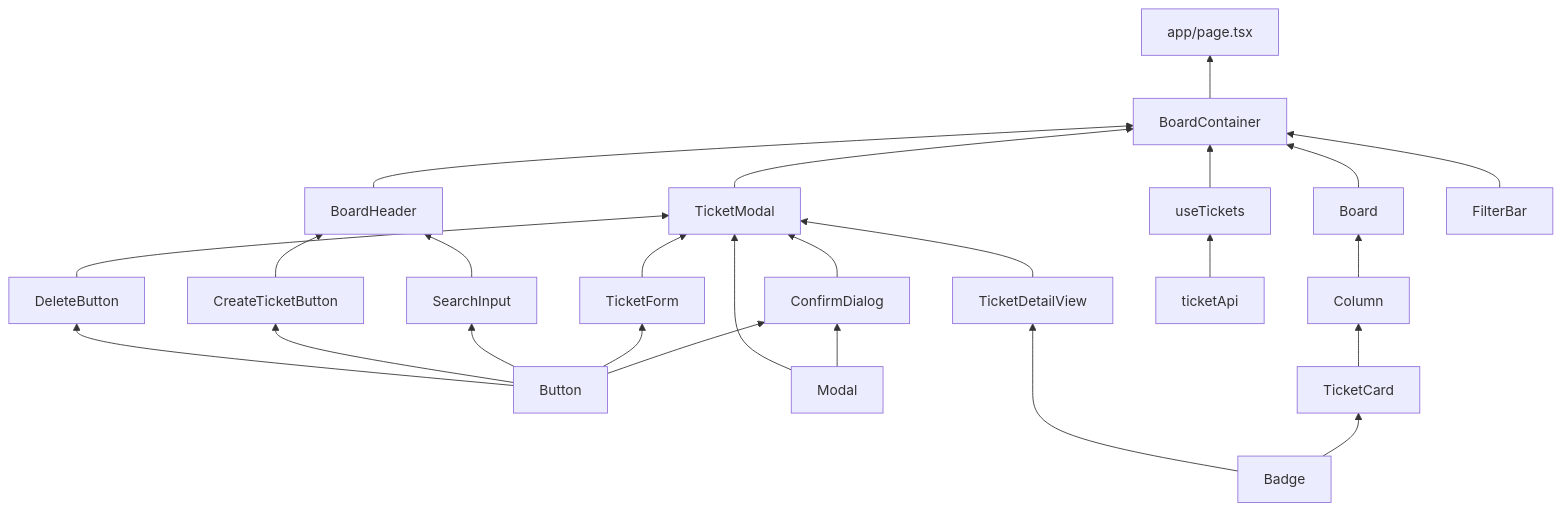
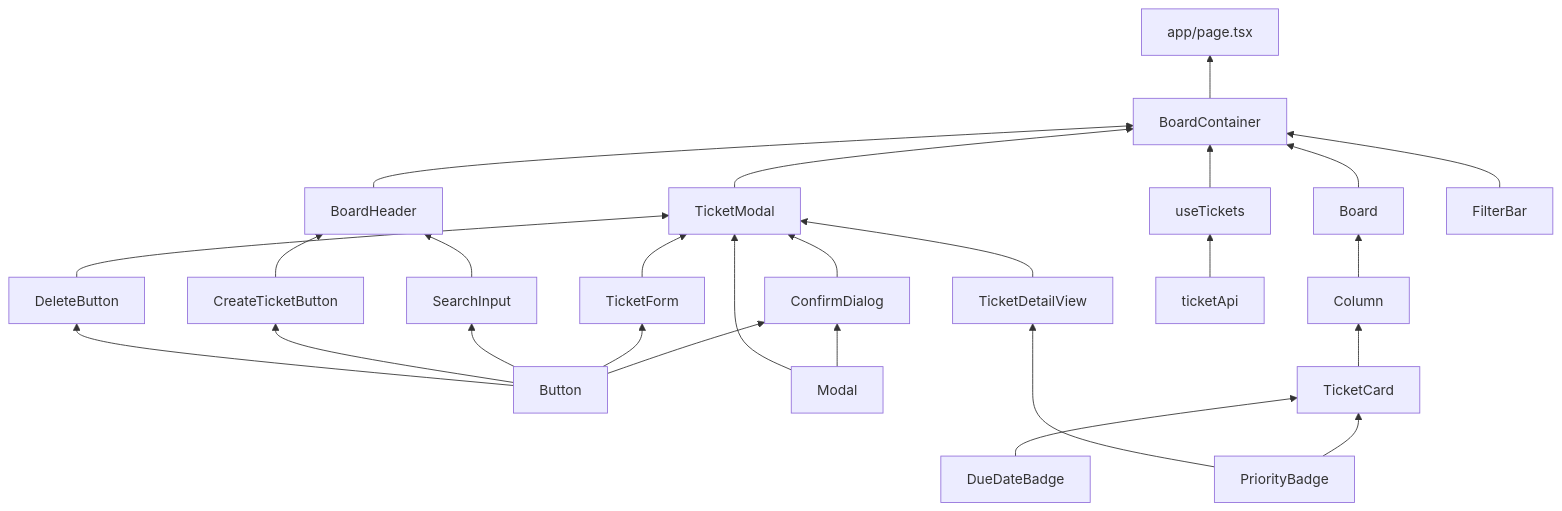
The diagram in docs/FRONTEND_TASKS.md (jngbng/claude-excercise-todo-app), drawn with Mermaid before and after one commit. The commit also changed other lines of this file and 8 other files, not shown here.

````diff
--- a/docs/FRONTEND_TASKS.md
+++ b/docs/FRONTEND_TASKS.md
@@ -38,33 +38,34 @@
 ```mermaid
 graph BT
   Button --> ConfirmDialog
   Modal --> ConfirmDialog
   Button --> TicketForm
-  Badge --> TicketCard
-  Badge --> TicketDetailView
+  PriorityBadge --> TicketCard
+  DueDateBadge --> TicketCard
+  PriorityBadge --> TicketDetailView
 
   Button --> SearchInput_group[SearchInput]
   Button --> CreateTicketButton
   Button --> DeleteButton
 
   Modal --> TicketModal
   TicketDetailView --> TicketModal
   TicketForm --> TicketModal
   DeleteButton --> TicketModal
   ConfirmDialog --> TicketModal
 
   TicketCard --> Column
   SearchInput_group --> BoardHeader
   CreateTicketButton --> BoardHeader
 
   ticketApi --> useTickets
 
   Column --> Board
   Board --> BoardContainer
   BoardHeader --> BoardContainer
   FilterBar --> BoardContainer
   TicketModal --> BoardContainer
   useTickets --> BoardContainer
 
   BoardContainer --> Page[app/page.tsx]
 ```
````
